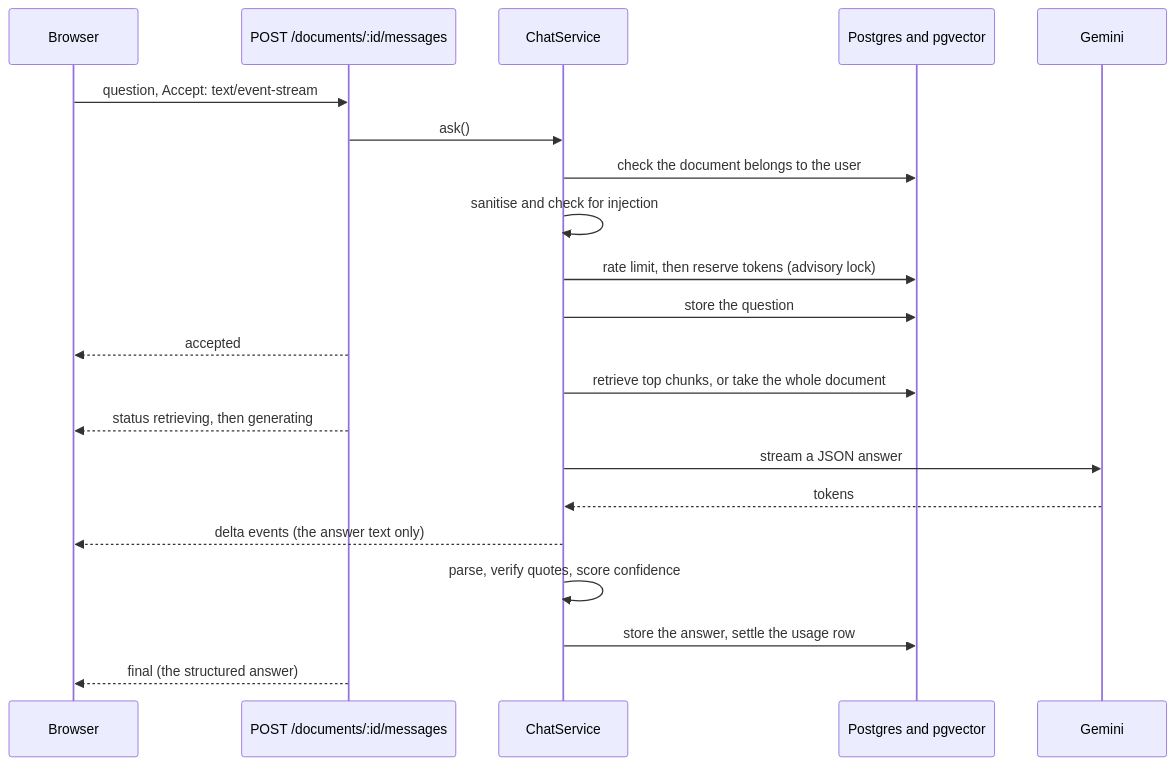
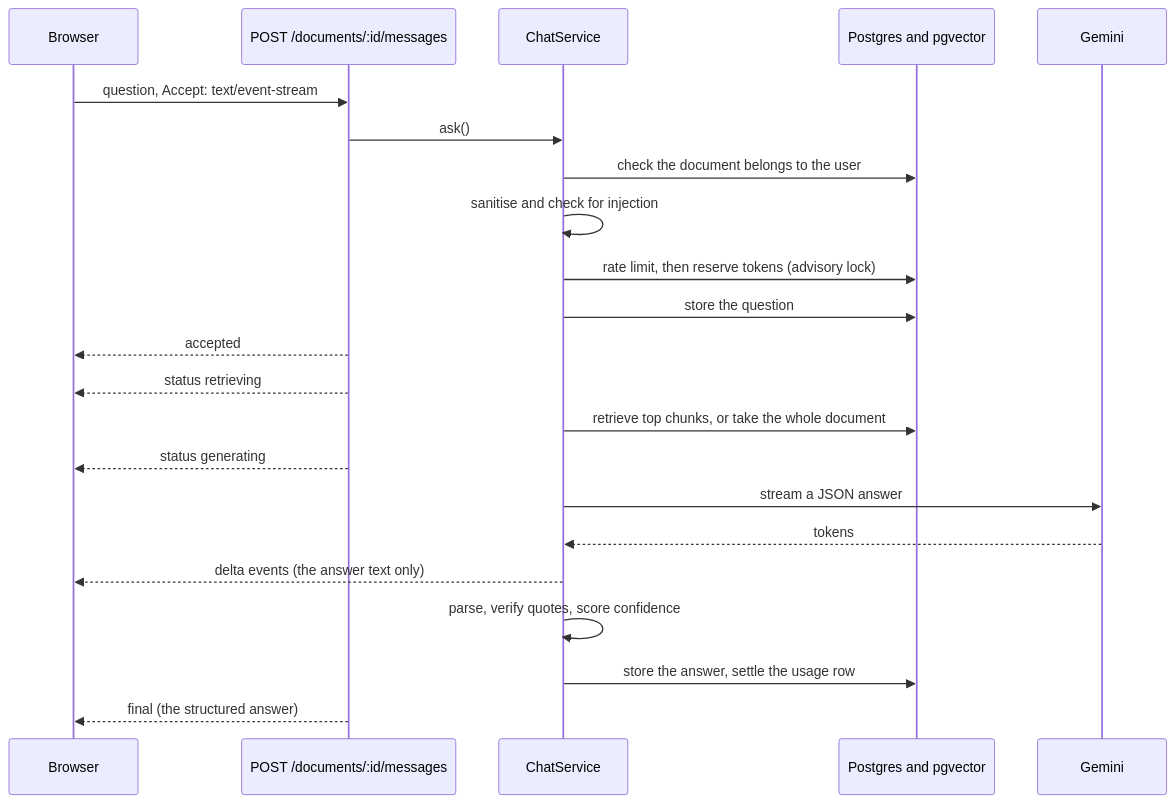
Before and after one commit to nestor29-developer/AI-assisted-app: the third of 3 diagrams in README.md, drawn with Mermaid. The commit also changed other lines of this file, not shown here.

````diff
--- a/README.md
+++ b/README.md
@@ -147,24 +148,25 @@
 ```mermaid
 sequenceDiagram
   participant B as Browser
   participant R as POST /documents/:id/messages
   participant C as ChatService
   participant P as Postgres and pgvector
   participant G as Gemini
 
   B->>R: question, Accept: text/event-stream
   R->>C: ask()
   C->>P: check the document belongs to the user
   C->>C: sanitise and check for injection
   C->>P: rate limit, then reserve tokens (advisory lock)
   C->>P: store the question
   R-->>B: accepted
+  R-->>B: status retrieving
   C->>P: retrieve top chunks, or take the whole document
-  R-->>B: status retrieving, then generating
+  R-->>B: status generating
   C->>G: stream a JSON answer
   G-->>C: tokens
   C-->>B: delta events (the answer text only)
   C->>C: parse, verify quotes, score confidence
   C->>P: store the answer, settle the usage row
   R-->>B: final (the structured answer)
 ```
````
